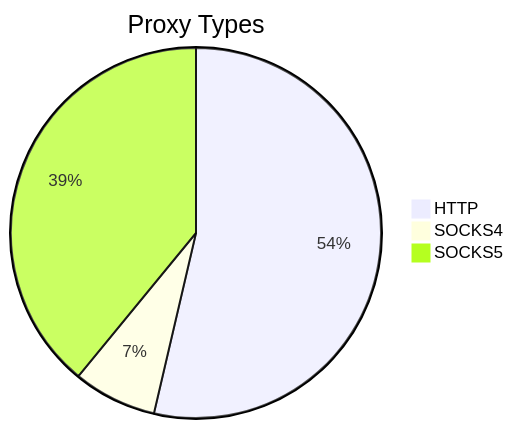
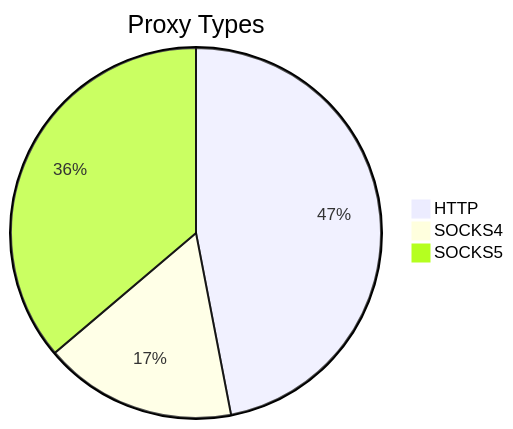
One commit to stormsia/proxy-list changed the first of 2 diagrams in README.md. Above: the diagram before and after it, drawn with Mermaid. The commit also changed other lines of this file, not shown here.

````diff
--- a/README.md
+++ b/README.md
@@ -21,6 +21,6 @@
 ```mermaid
 pie title Proxy Types
-    "HTTP" : 125
-    "SOCKS4" : 17
-    "SOCKS5" : 91
+    "HTTP" : 240
+    "SOCKS4" : 86
+    "SOCKS5" : 185
 ```
````
